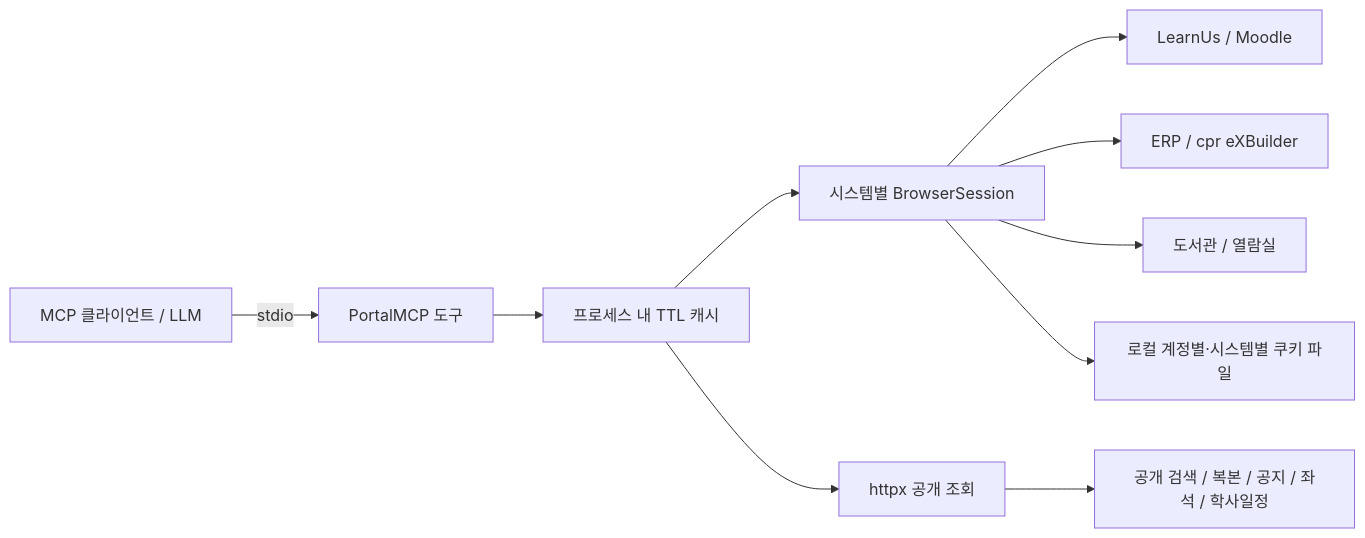
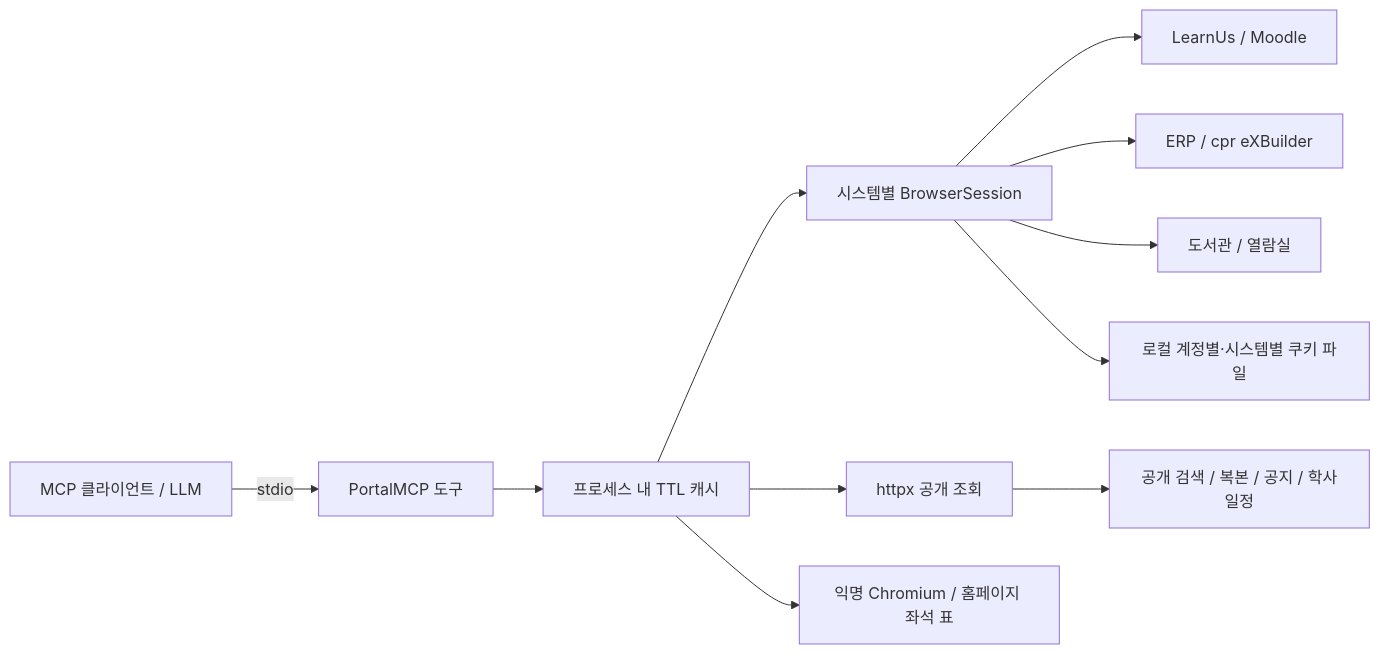
The diagram in DESIGN.md (YOONPYOGitHub/yonsei-portal-MCP), drawn with Mermaid before and after one commit. The commit also changed other lines of this file and 16 other files, not shown here.

````diff
--- a/DESIGN.md
+++ b/DESIGN.md
@@ -15,12 +15,13 @@
 ```mermaid
 flowchart LR
     Client[MCP 클라이언트 / LLM] -->|stdio| Server[PortalMCP 도구]
     Server --> Cache[프로세스 내 TTL 캐시]
     Cache --> Sessions[시스템별 BrowserSession]
     Cache --> HTTP[httpx 공개 조회]
+    Cache --> Anonymous[익명 Chromium / 홈페이지 좌석 표]
     Sessions --> LMS[LearnUs / Moodle]
     Sessions --> ERP[ERP / cpr eXBuilder]
     Sessions --> Library[도서관 / 열람실]
-    HTTP --> Public[공개 검색 / 복본 / 공지 / 좌석 / 학사일정]
+    HTTP --> Public[공개 검색 / 복본 / 공지 / 학사일정]
     Sessions --> Cookies[로컬 계정별·시스템별 쿠키 파일]
 ```
````
